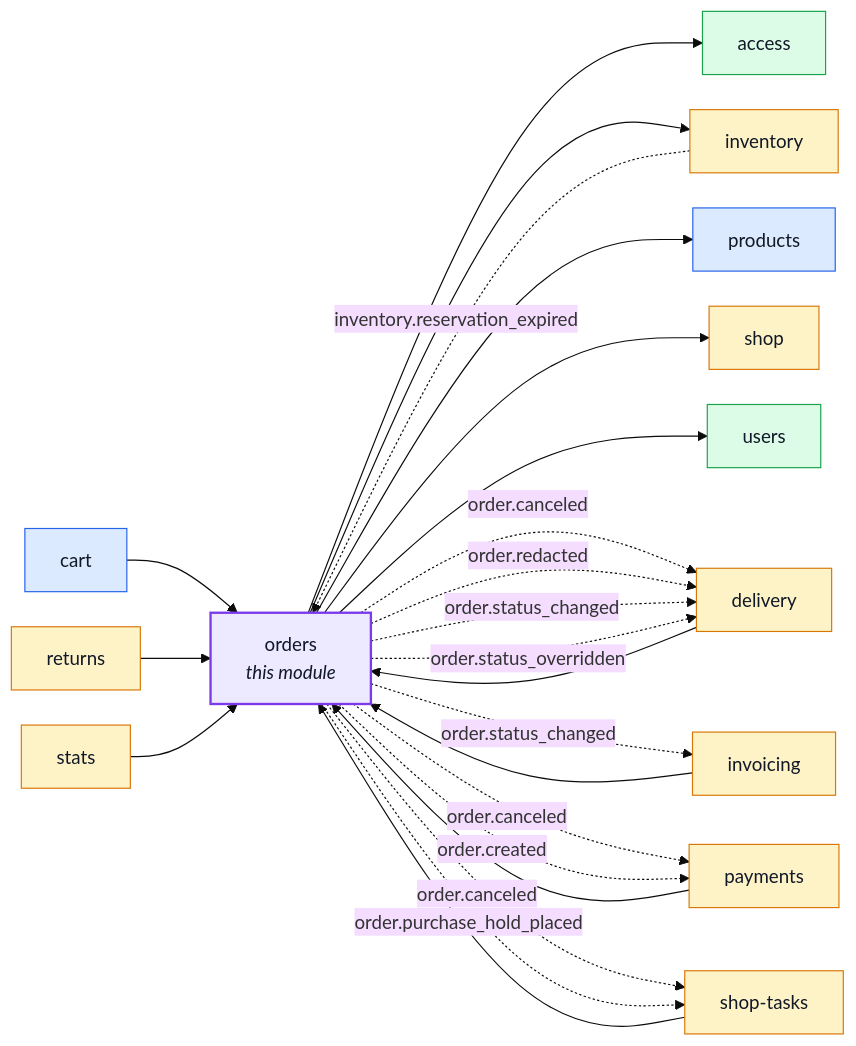
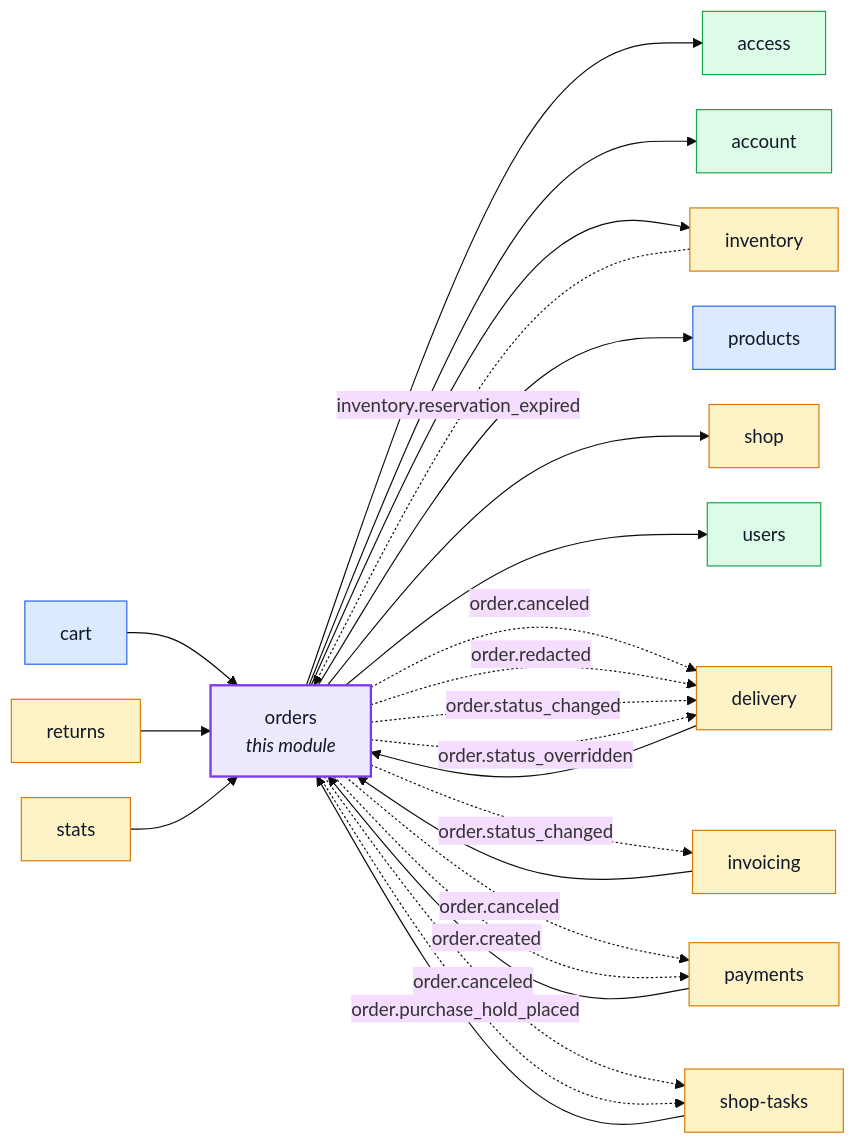
One commit to Guebbit/boilerplate-node-backend changed the first of 9 diagrams in docs/modules/orders.md. Above: the diagram before and after it, drawn with Mermaid (base theme). The commit also changed other lines of this file and 41 other files, not shown here.

````diff
--- a/docs/modules/orders.md
+++ b/docs/modules/orders.md
@@ -16,49 +16,51 @@
 ```mermaid
 %%{init: {'flowchart': {'nodeSpacing': 30, 'rankSpacing': 60}}}%%
 flowchart LR
     orders["orders<br/><i>this module</i>"]
     access["access"]
+    account["account"]
     cart["cart"]
     delivery["delivery"]
     inventory["inventory"]
     invoicing["invoicing"]
     payments["payments"]
     products["products"]
     returns["returns"]
     shop["shop"]
     shop_tasks["shop-tasks"]
     stats["stats"]
     users["users"]
 
     cart --> orders
     delivery --> orders
     invoicing --> orders
     payments --> orders
     returns --> orders
     shop_tasks --> orders
     stats --> orders
     orders --> access
+    orders --> account
     orders --> inventory
     orders --> products
     orders --> shop
     orders --> users
     inventory -. "inventory.reservation_expired" .-> orders
     orders -. "order.canceled" .-> delivery
     orders -. "order.redacted" .-> delivery
     orders -. "order.status_changed" .-> delivery
     orders -. "order.status_overridden" .-> delivery
     orders -. "order.status_changed" .-> invoicing
     orders -. "order.canceled" .-> payments
     orders -. "order.created" .-> payments
     orders -. "order.canceled" .-> shop_tasks
     orders -. "order.purchase_hold_placed" .-> shop_tasks
 
     classDef core fill:#dbeafe,stroke:#2563eb,color:#111827;
     classDef supporting fill:#fef3c7,stroke:#d97706,color:#111827;
     classDef generic fill:#dcfce7,stroke:#16a34a,color:#111827;
     classDef centre fill:#ede9fe,stroke:#7c3aed,stroke-width:2px,color:#111827;
     class cart,products core;
     class delivery,inventory,invoicing,payments,returns,shop,shop_tasks,stats supporting;
-    class access,users generic;
+    class access,account,users generic;
     class orders centre;
 ```
````
